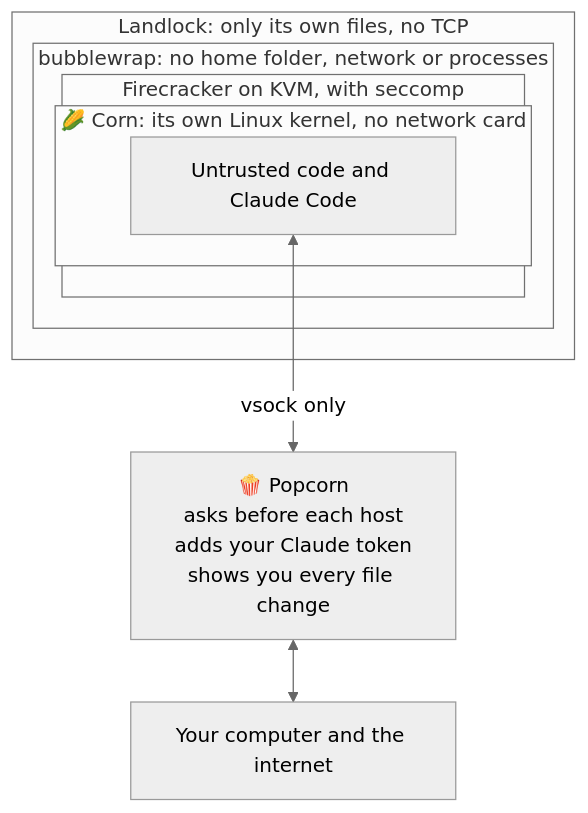
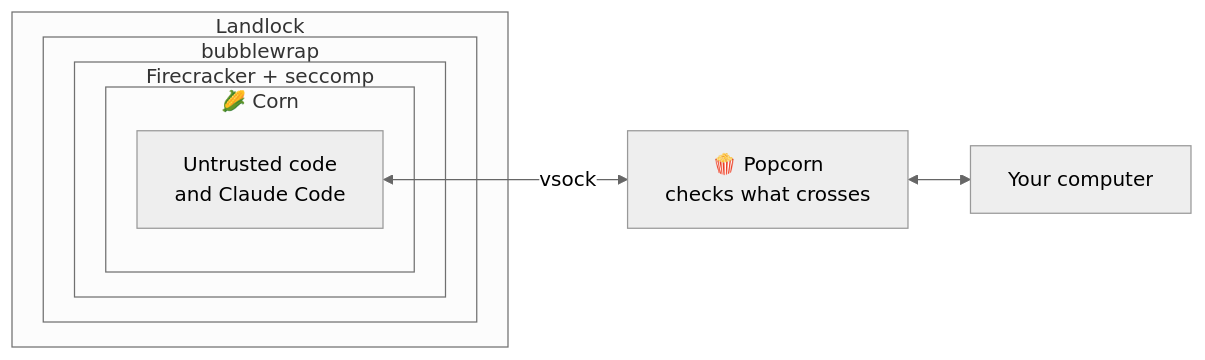
One commit to KunalSin9h/Popcorn changed the first of 2 diagrams in README.md. Above: the diagram before and after it, drawn with Mermaid (neutral theme). The commit also changed other lines of this file, not shown here.

Commit message:
README: crisper layers list, shorter diagram

````diff
--- a/README.md
+++ b/README.md
@@ -45,14 +52,14 @@
 ```mermaid
-flowchart TB
-  subgraph landlock["Landlock: only its own files, no TCP"]
-    subgraph bwrap["bubblewrap: no home folder, network or processes"]
-      subgraph fc["Firecracker on KVM, with seccomp"]
-        subgraph corn["🌽 Corn: its own Linux kernel, no network card"]
-          code["Untrusted code and Claude Code"]
+flowchart LR
+  subgraph landlock["Landlock"]
+    subgraph bwrap["bubblewrap"]
+      subgraph fc["Firecracker + seccomp"]
+        subgraph corn["🌽 Corn"]
+          code["Untrusted code<br/>and Claude Code"]
         end
       end
     end
   end
-  code <-->|"vsock only"| popcorn["🍿 Popcorn<br/>asks before each host<br/>adds your Claude token<br/>shows you every file change"]
-  popcorn <--> you["Your computer and the internet"]
+  code <-->|vsock| popcorn["🍿 Popcorn<br/>checks what crosses"]
+  popcorn <--> you["Your computer"]
 ```
````
